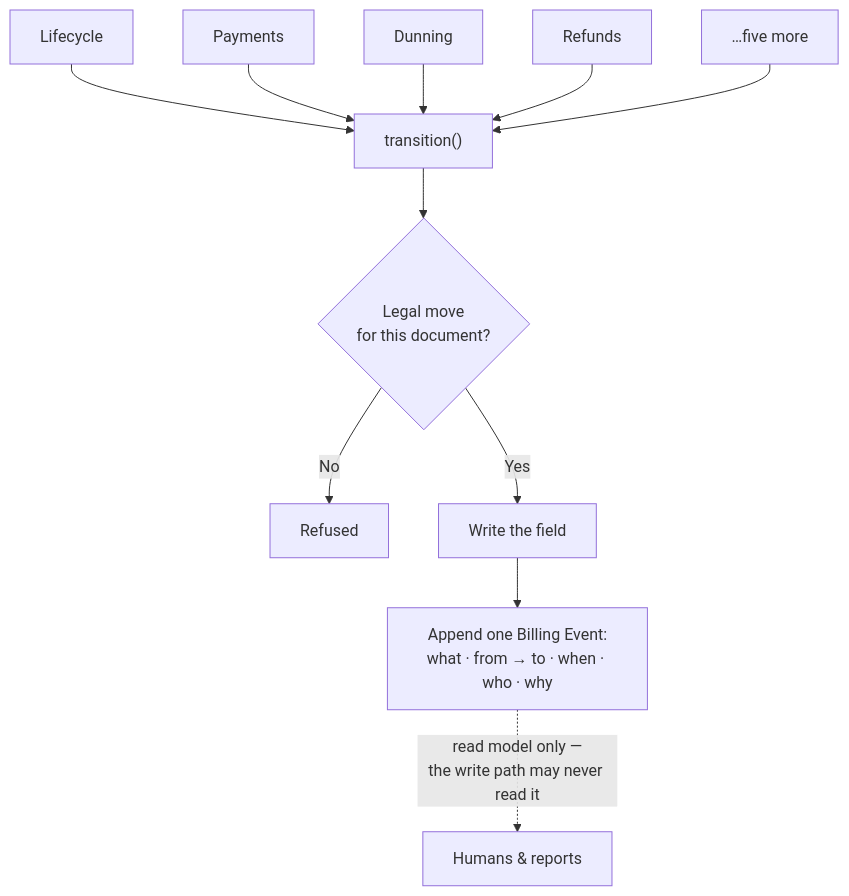
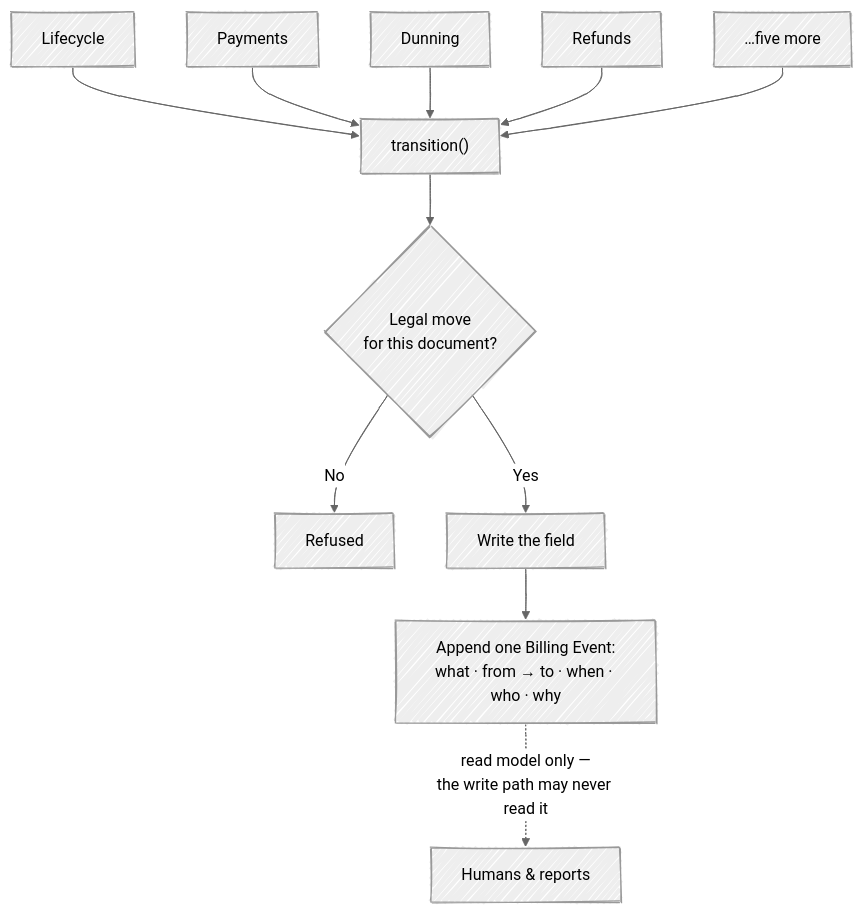
The eighth of 11 diagrams in billing-improvements-explained.md (saurabh6790/v2-billing-specs), drawn with Mermaid before and after one commit. The commit also changed other lines of this file, not shown here.

Commit message:
blog: hand-drawn look for the diagrams

````diff
--- a/billing-improvements-explained.md
+++ b/billing-improvements-explained.md
@@ -218,13 +260,19 @@
 ```mermaid
+---
+config:
+  look: handDrawn
+  theme: neutral
+  handDrawnSeed: 1
+---
 flowchart TD
     A["Lifecycle"] --> G["transition()"]
     B["Payments"] --> G
     C["Dunning"] --> G
     D["Refunds"] --> G
     E["…five more"] --> G
     G --> CHK{"Legal move<br/>for this document?"}
     CHK -->|"No"| X["Refused"]
     CHK -->|"Yes"| S["Write the field"]
     S --> LOG["Append one Billing Event:<br/>what · from → to · when · who · why"]
     LOG -.->|"read model only —<br/>the write path may never read it"| RPT["Humans & reports"]
 ```
````
